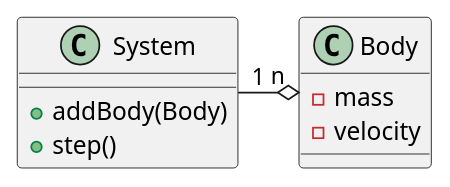
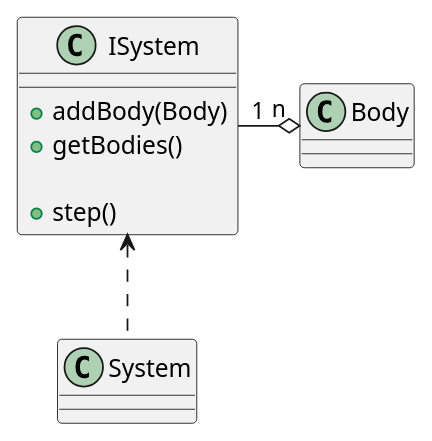
One commit to Marcus-Forte/n-body-simulator changed the diagram in doc/system.puml. Above: the diagram before and after it, drawn with PlantUML. The commit also changed 20 other files, not shown here.

```diff
--- a/doc/system.puml
+++ b/doc/system.puml
@@ -1,13 +1,18 @@
 @startuml nbodysystem
 
-Class System {
+Class ISystem {
     +addBody(Body)
+    +getBodies()
+    
     +step()
 }
-class Body {
-    -mass
-    -velocity
+
+class System { 
+
 }
 
-System "1" -o "n" Body
+ISystem <.. System
+
+
+ISystem "1" -o "n" Body
 @enduml
```
